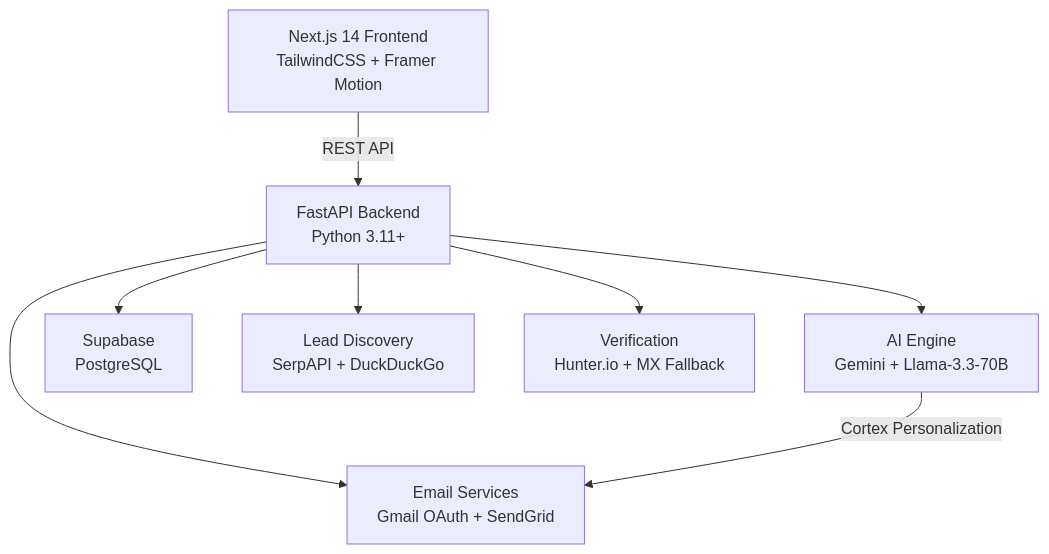
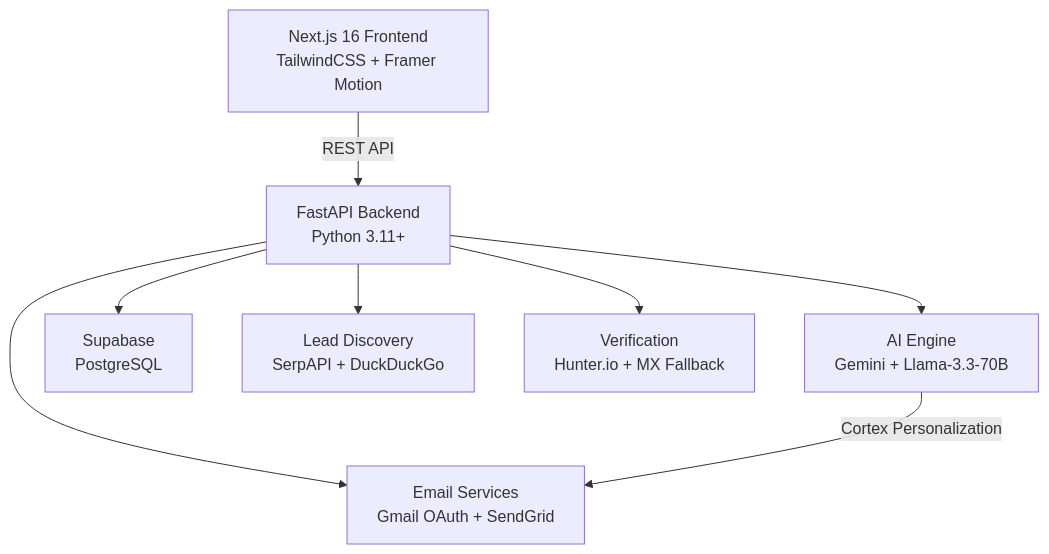
Before and after one commit to Wrathsid/AI_Outreach_System: the diagram in README.md, drawn with Mermaid. The commit also changed other lines of this file and 9 other files, not shown here.

````diff
--- a/README.md
+++ b/README.md
@@ -406,10 +412,10 @@
 ```mermaid
 graph TD
-    A[Next.js 14 Frontend<br/>TailwindCSS + Framer Motion] -->|REST API| B[FastAPI Backend<br/>Python 3.11+]
+    A[Next.js 16 Frontend<br/>TailwindCSS + Framer Motion] -->|REST API| B[FastAPI Backend<br/>Python 3.11+]
     B --> C[AI Engine<br/>Gemini + Llama-3.3-70B]
     B --> D[Supabase<br/>PostgreSQL]
     B --> E[Lead Discovery<br/>SerpAPI + DuckDuckGo]
     B --> F[Email Services<br/>Gmail OAuth + SendGrid]
     B --> G[Verification<br/>Hunter.io + MX Fallback]
     C -->|Cortex Personalization| F
 ```
````
